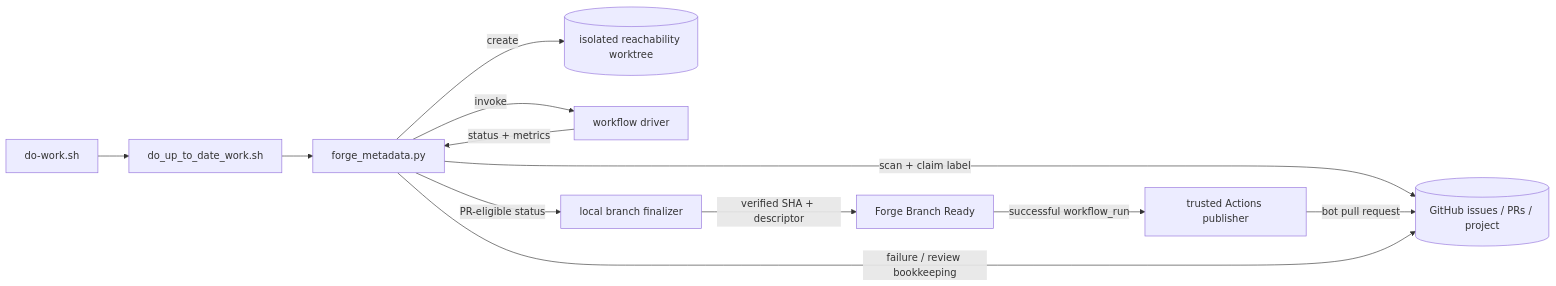
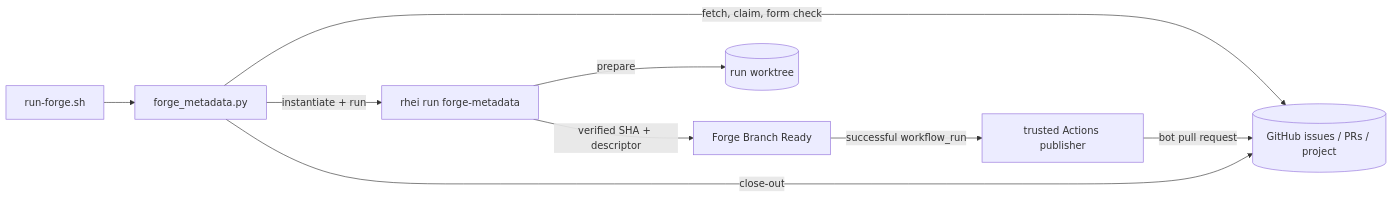
The diagram in forge/docs/architecture/architecture.md (oracle/graalvm-reachability-metadata), drawn with Mermaid before and after one commit. The commit also changed other lines of this file and 8 other files, not shown here.

Commit message:
Specify Forge as one Rhei template

````diff
--- a/forge/docs/architecture/architecture.md
+++ b/forge/docs/architecture/architecture.md
@@ -1009,23 +132,19 @@
 ```mermaid
 flowchart LR
-    Wrapper["do-work.sh"]
-    Worker["do_up_to_date_work.sh"]
-    Dispatcher["forge_metadata.py"]
+    Loop["run-forge.sh"]
+    Launcher["forge_metadata.py"]
     GitHub[("GitHub issues / PRs / project")]
-    Worktree[("isolated reachability worktree")]
-    Entry["workflow driver"]
-    Branch["local branch finalizer"]
+    Run["rhei run forge-metadata"]
+    Worktree[("run worktree")]
     Ready["Forge Branch Ready"]
     Publisher["trusted Actions publisher"]
 
-    Wrapper --> Worker --> Dispatcher
-    Dispatcher -->|scan + claim label| GitHub
-    Dispatcher -->|create| Worktree
-    Dispatcher -->|invoke| Entry
-    Entry -->|status + metrics| Dispatcher
-    Dispatcher -->|PR-eligible status| Branch
-    Branch -->|verified SHA + descriptor| Ready
+    Loop --> Launcher
+    Launcher -->|fetch, claim, form check| GitHub
+    Launcher -->|instantiate + run| Run
+    Run -->|prepare| Worktree
+    Run -->|verified SHA + descriptor| Ready
     Ready -->|successful workflow_run| Publisher
     Publisher -->|bot pull request| GitHub
-    Dispatcher -->|failure / review bookkeeping| GitHub
+    Launcher -->|close-out| GitHub
 ```
````
